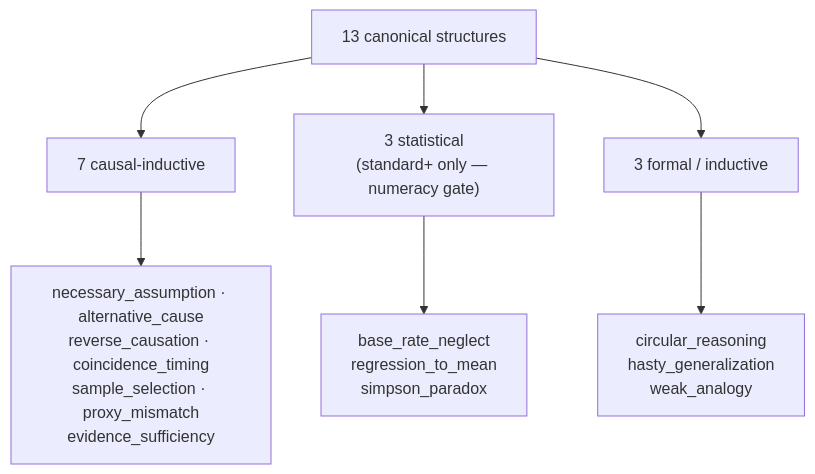
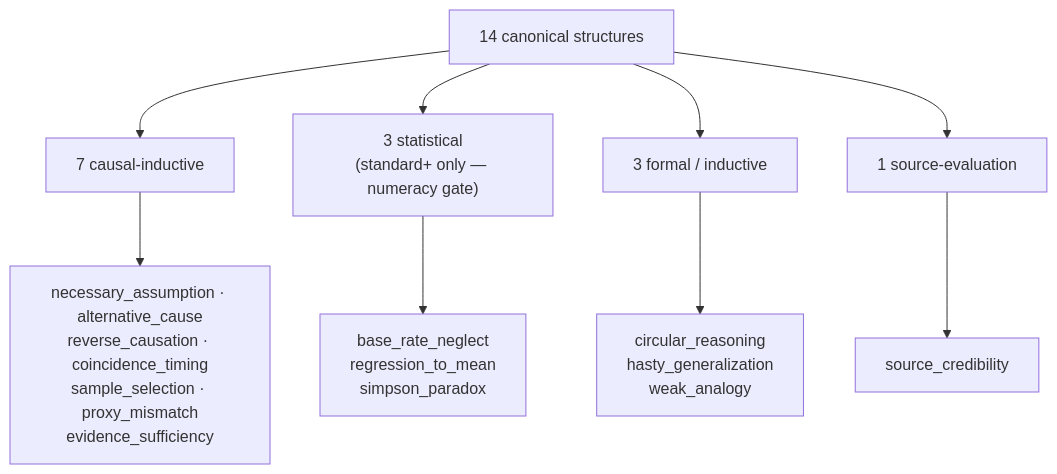
The third of 6 diagrams in docs/ARCHITECTURE.md (Imbad0202/critical-thinking-for-humans), drawn with Mermaid before and after one commit. The commit also changed other lines of this file and 19 other files, not shown here.

Commit message:
feat: promote source credibility to 14th structure (#37)

````diff
--- a/docs/ARCHITECTURE.md
+++ b/docs/ARCHITECTURE.md
@@ -103,12 +103,14 @@
 ```mermaid
 flowchart TD
-    Structures[13 canonical structures]
+    Structures[14 canonical structures]
 
     Structures --> Causal["7 causal-inductive"]
     Structures --> Stat["3 statistical<br/>(standard+ only — numeracy gate)"]
     Structures --> Formal["3 formal / inductive"]
+    Structures --> Source["1 source-evaluation"]
 
     Causal --> C1["necessary_assumption · alternative_cause<br/>reverse_causation · coincidence_timing<br/>sample_selection · proxy_mismatch<br/>evidence_sufficiency"]
     Stat --> S1["base_rate_neglect<br/>regression_to_mean<br/>simpson_paradox"]
     Formal --> F1["circular_reasoning<br/>hasty_generalization<br/>weak_analogy"]
+    Source --> R1["source_credibility"]
 ```
````
